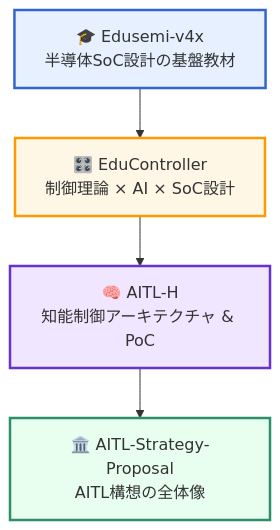
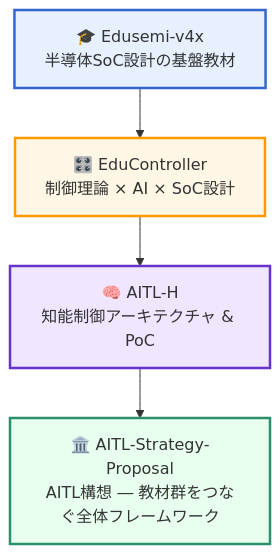
The diagram in index.md (Samizo-AITL/Samizo-AITL.github.io), drawn with Mermaid before and after one commit. The commit also changed other lines of this file, not shown here.

````diff
--- a/index.md
+++ b/index.md
@@ -90,12 +90,12 @@
 ```mermaid
 flowchart TD
     A[🎓 Edusemi-v4x<br/>半導体SoC設計の基盤教材] 
         --> B[🎛️ EduController<br/>制御理論 × AI × SoC設計] 
         --> C[🧠 AITL-H<br/>知能制御アーキテクチャ & PoC]
-        --> D[🏛️ AITL-Strategy-Proposal<br/>AITL構想の全体像]
+        --> D[🏛️ AITL-Strategy-Proposal<br/>AITL構想 ― 教材群をつなぐ全体フレームワーク]
 
     style A fill:#e6f0ff,stroke:#3366cc,stroke-width:2.5px
     style B fill:#fff7e6,stroke:#ff9900,stroke-width:2.5px
     style C fill:#f0e6ff,stroke:#6633cc,stroke-width:2.5px
     style D fill:#e8fff0,stroke:#2a8f6a,stroke-width:2.5px
 ```
````
